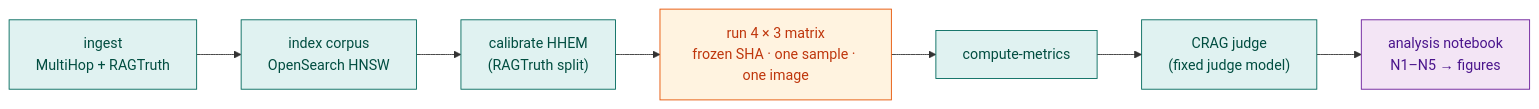
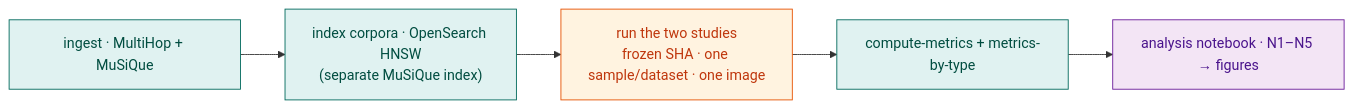
One commit to rudramansoomirtee-ctrl/rag-benchmark changed the seventh of 7 diagrams in thesis/chapter3_methodology.md. Above: the diagram before and after it, drawn with Mermaid. The commit also changed other lines of this file, not shown here.

First line of the commit message:
Rewrite Chapter 3 to match the two-study design

````diff
--- a/thesis/chapter3_methodology.md
+++ b/thesis/chapter3_methodology.md
@@ -319,12 +377,10 @@
 ```mermaid
 flowchart LR
-    ING["ingest<br/>MultiHop + RAGTruth"]:::step --> IDX["index corpus<br/>OpenSearch HNSW"]:::step
-    IDX --> CAL["calibrate HHEM<br/>(RAGTruth split)"]:::step
-    CAL --> RUN["run 4 × 3 matrix<br/>frozen SHA · one sample · one image"]:::hub
-    RUN --> MET["compute-metrics"]:::step
-    MET --> JUD["CRAG judge<br/>(fixed judge model)"]:::step
-    JUD --> ANA["analysis notebook<br/>N1–N5 → figures"]:::out
+    ING["ingest · MultiHop + MuSiQue"]:::step --> IDX["index corpora · OpenSearch HNSW<br/>(separate MuSiQue index)"]:::step
+    IDX --> RUN["run the two studies<br/>frozen SHA · one sample/dataset · one image"]:::hub
+    RUN --> MET["compute-metrics + metrics-by-type"]:::step
+    MET --> ANA["analysis notebook · N1–N5 → figures"]:::out
     classDef step fill:#e0f2f1,stroke:#00695c,color:#004d40
     classDef hub fill:#fff3e0,stroke:#e65100,color:#bf360c
     classDef out fill:#f3e5f5,stroke:#6a1b9a,color:#4a148c
 ```
````
